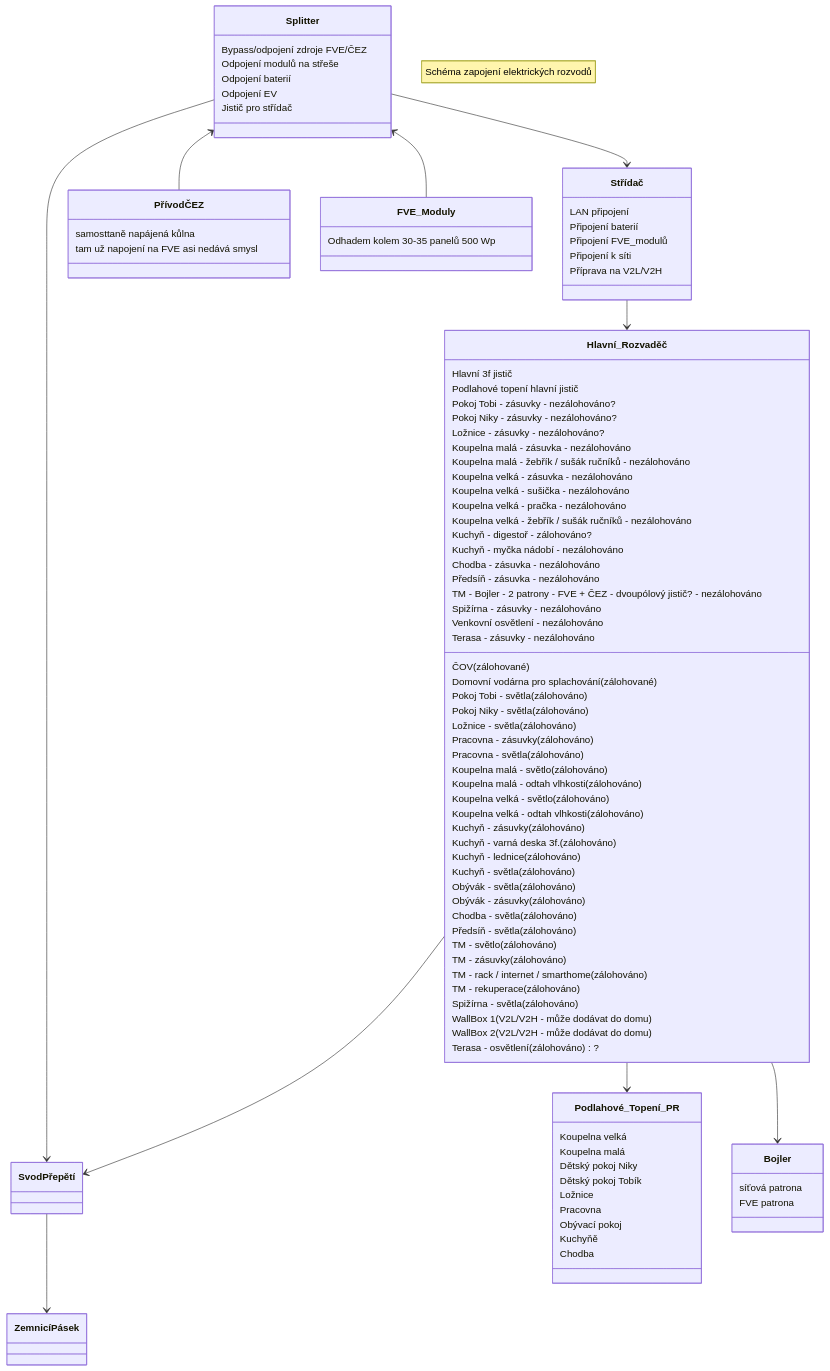
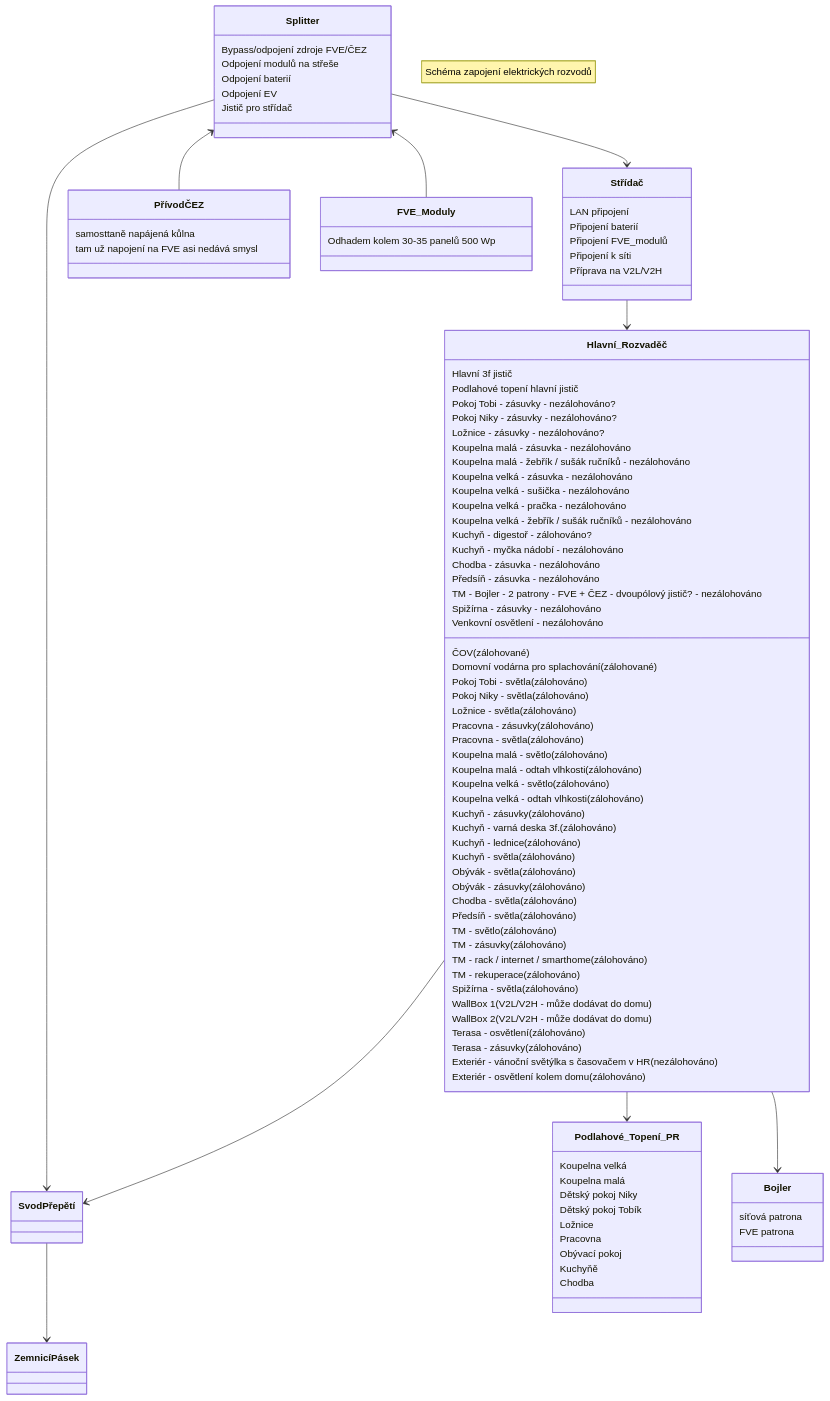
One commit to mtrakal/smrci changed the first of 2 diagrams in Elektrika.md. Above: the diagram before and after it, drawn with Mermaid. The commit also changed 3 other files, not shown here.

```diff
--- a/Elektrika.md
+++ b/Elektrika.md
@@ -110,8 +110,11 @@
     
     Venkovní osvětlení - nezálohováno
     
-    Terasa - osvětlení (zálohováno)?
-    Terasa - zásuvky - nezálohováno
+    Terasa - osvětlení (zálohováno)
+    Terasa - zásuvky (zálohováno)
+    
+    Exteriér - vánoční světýlka s časovačem v HR (nezálohováno) 
+    Exteriér - osvětlení kolem domu (zálohováno) 
   }
   
   class ZemnicíPásek
```
